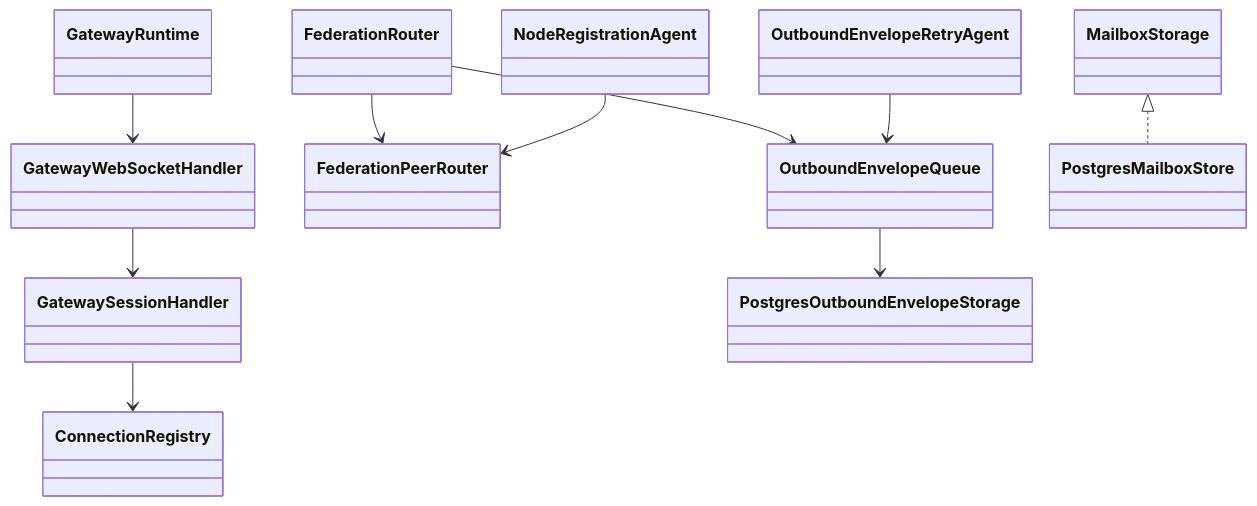
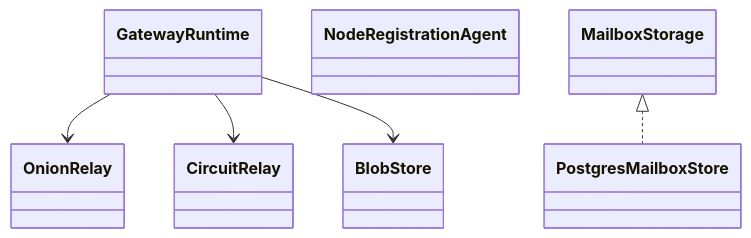
One commit to cbgm/Sparrow changed the third of 3 diagrams in docs/server/overview.md. Above: the diagram before and after it, drawn with Mermaid. The commit also changed other lines of this file and 231 other files, not shown here.

Commit message:
Remove the WebSocket session, the push service and envelope federation

````diff
--- a/docs/server/overview.md
+++ b/docs/server/overview.md
@@ -185,27 +154,16 @@
 ```mermaid
 classDiagram
     class GatewayRuntime
-    class GatewayWebSocketHandler
-    class GatewaySessionHandler
-    class ConnectionRegistry
-    class FederationRouter
-    class FederationPeerRouter
-    class OutboundEnvelopeQueue
-    class PostgresOutboundEnvelopeStorage
-    class OutboundEnvelopeRetryAgent
+    class OnionRelay
+    class CircuitRelay
+    class BlobStore
     class NodeRegistrationAgent
     class MailboxStorage
     class PostgresMailboxStore
 
-    GatewayRuntime --> GatewayWebSocketHandler
-    GatewayWebSocketHandler --> GatewaySessionHandler
-    GatewaySessionHandler --> ConnectionRegistry
-
-    FederationRouter --> FederationPeerRouter
-    FederationRouter --> OutboundEnvelopeQueue
-    OutboundEnvelopeQueue --> PostgresOutboundEnvelopeStorage
-    OutboundEnvelopeRetryAgent --> OutboundEnvelopeQueue
-    NodeRegistrationAgent --> FederationPeerRouter
+    GatewayRuntime --> OnionRelay
+    GatewayRuntime --> CircuitRelay
+    GatewayRuntime --> BlobStore
 
     MailboxStorage <|.. PostgresMailboxStore
 ```
````
